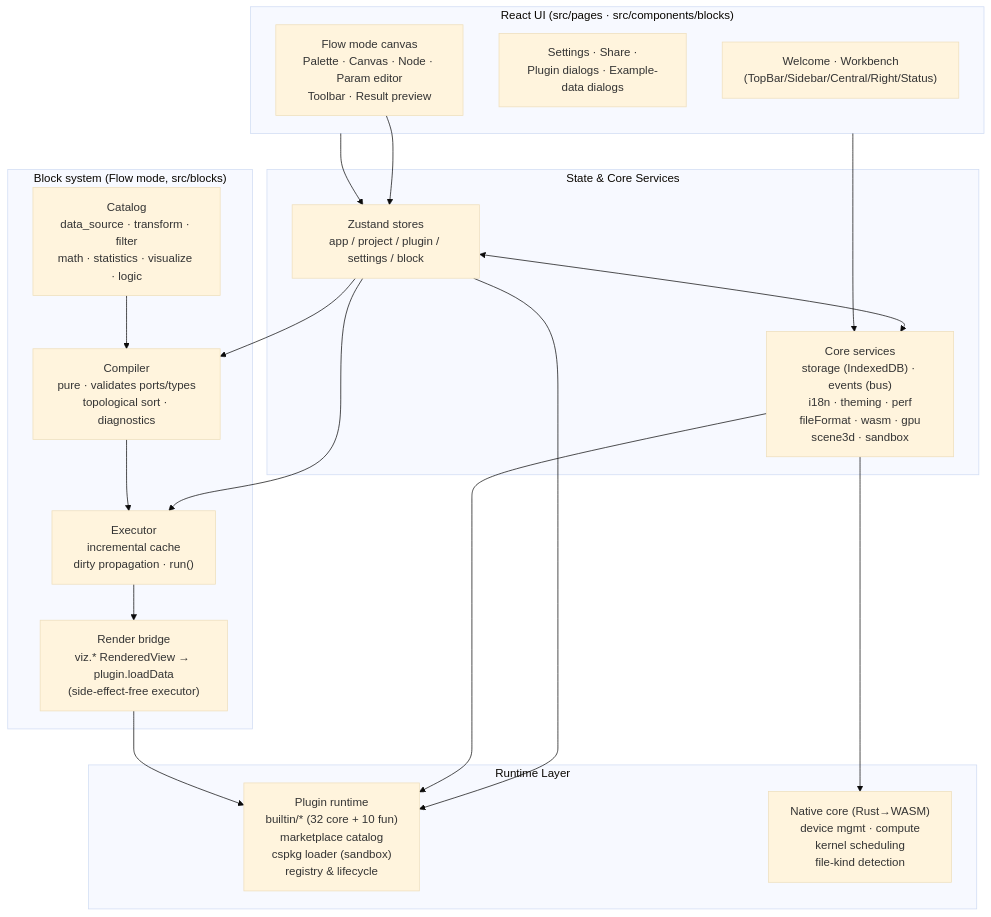
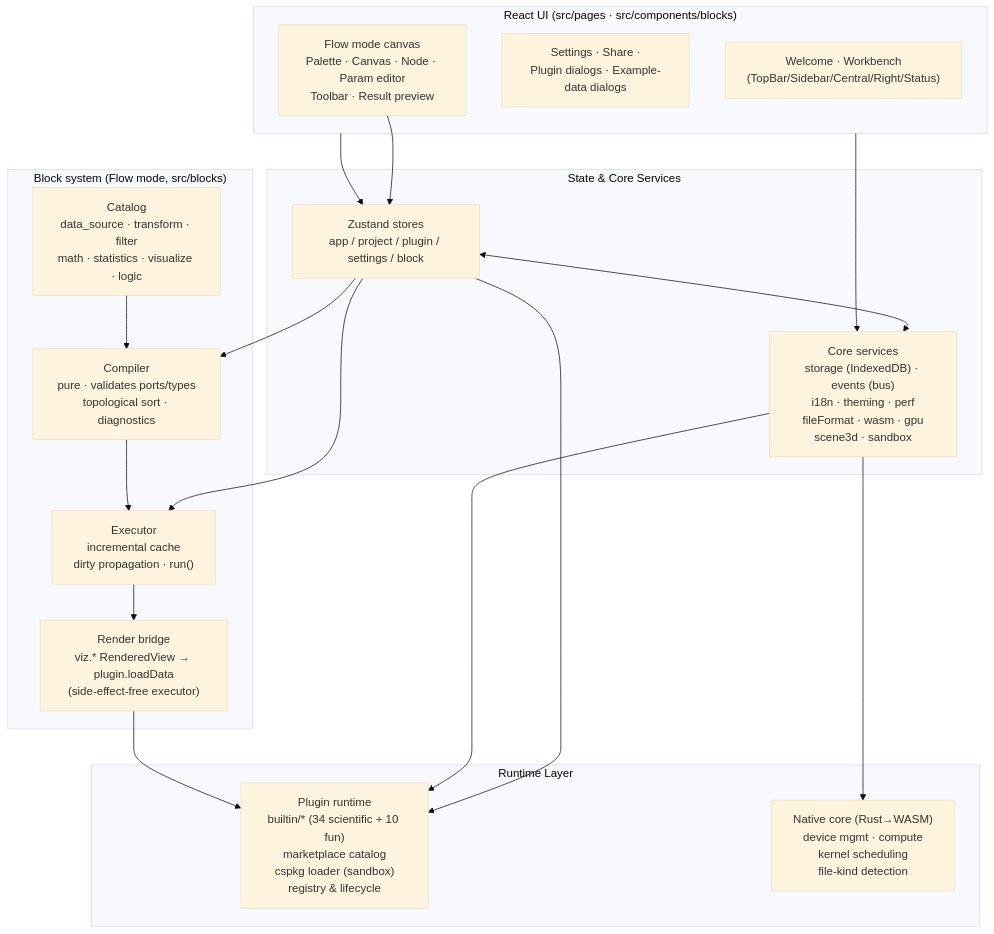
Before and after one commit to SnowLeopard-io/ErgalicsStudio: the diagram in README.md, drawn with Mermaid (base theme). The commit also changed other lines of this file and 44 other files, not shown here.

````diff
--- a/README.md
+++ b/README.md
@@ -361,39 +361,39 @@
 ```mermaid
 flowchart TB
     subgraph UI["React UI (src/pages · src/components/blocks)"]
         A1["Welcome · Workbench<br/>(TopBar/Sidebar/Central/Right/Status)"]
         A2["Settings · Share ·<br/>Plugin dialogs · Example-data dialogs"]
         A3["Flow mode canvas<br/>Palette · Canvas · Node · Param editor<br/>Toolbar · Result preview"]
     end
 
     subgraph State["State & Core Services"]
         B1["Zustand stores<br/>app / project / plugin / settings / block"]
         B2["Core services<br/>storage (IndexedDB) · events (bus)<br/>i18n · theming · perf<br/>fileFormat · wasm · gpu<br/>scene3d · sandbox"]
     end
 
     subgraph Blocks["Block system (Flow mode, src/blocks)"]
         D1["Catalog<br/>data_source · transform · filter<br/>math · statistics · visualize · logic"]
         D2["Compiler<br/>pure · validates ports/types<br/>topological sort · diagnostics"]
         D3["Executor<br/>incremental cache<br/>dirty propagation · run()"]
         D4["Render bridge<br/>viz.* RenderedView → plugin.loadData<br/>(side-effect-free executor)"]
     end
 
     subgraph Runtime["Runtime Layer"]
-        C1["Plugin runtime<br/>builtin/* (32 core + 10 fun)<br/>marketplace catalog<br/>cspkg loader (sandbox)<br/>registry & lifecycle"]
+        C1["Plugin runtime<br/>builtin/* (34 scientific + 10 fun)<br/>marketplace catalog<br/>cspkg loader (sandbox)<br/>registry & lifecycle"]
         C2["Native core (Rust→WASM)<br/>device mgmt · compute<br/>kernel scheduling<br/>file-kind detection"]
     end
 
     UI --> B1
     UI --> B2
     B1 <--> B2
     B1 --> C1
     B2 --> C1
     B2 --> C2
     A3 --> B1
     B1 --> D2
     B1 --> D3
     D2 --> D3
     D1 --> D2
     D3 --> D4
     D4 --> C1
 ```
````
